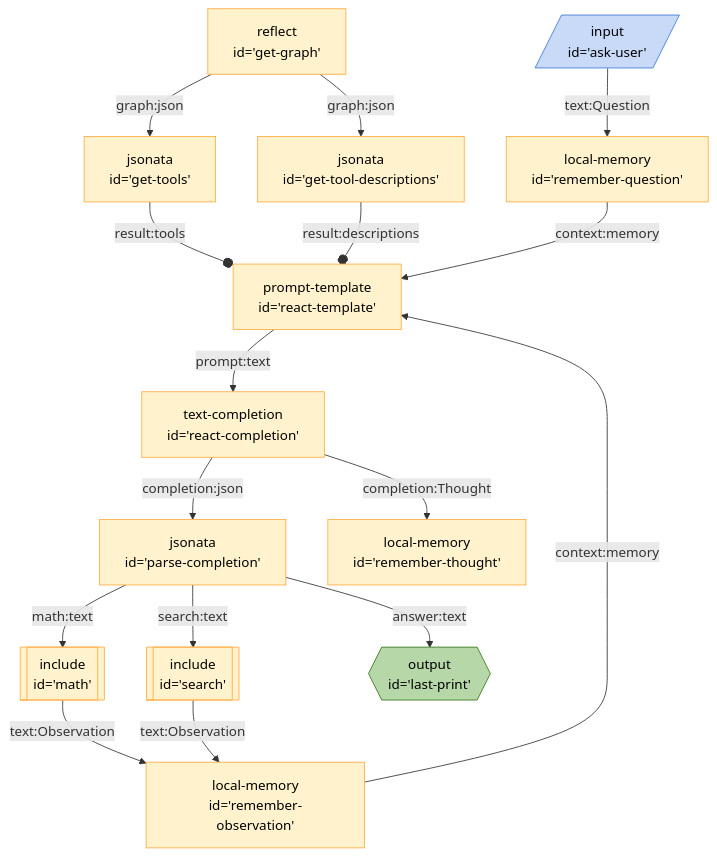
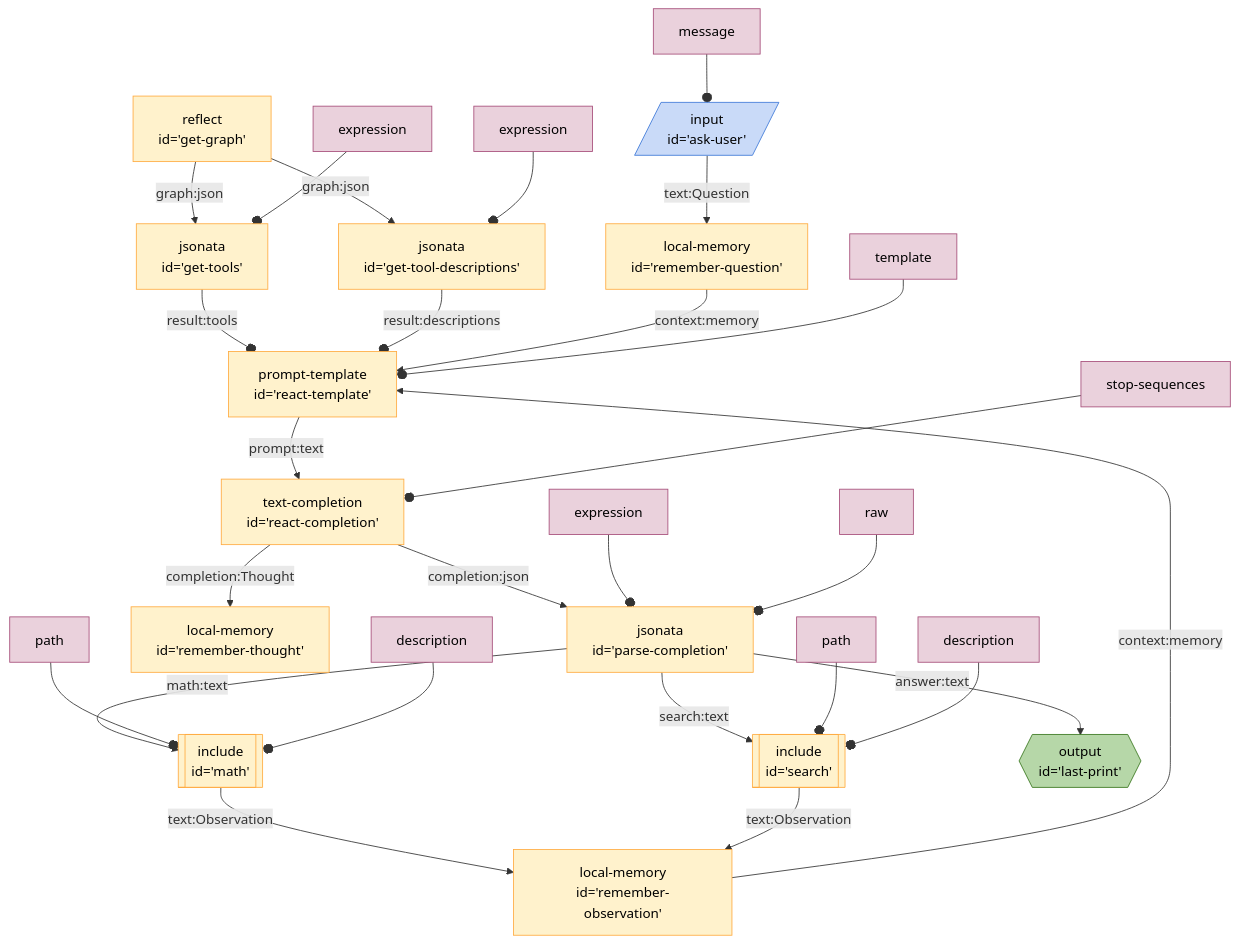
Before and after one commit to breadboard-ai/breadboard: the diagram in seeds/graph-playground/docs/graphs/react-with-jsonata.md, drawn with Mermaid. The commit also changed 15 other files, not shown here.

First line of the commit message:
[graphs] Show `configuration` as constants.

````diff
--- a/seeds/graph-playground/docs/graphs/react-with-jsonata.md
+++ b/seeds/graph-playground/docs/graphs/react-with-jsonata.md
@@ -4,55 +4,67 @@
 ```mermaid
 %%{init: 'themeVariables': { 'fontFamily': 'Fira Code, monospace' }}%%
 graph TD;
 getgraph["reflect
 id='get-graph'"] -- graph:json --> gettools["jsonata
 id='get-tools'"]
 getgraph["reflect
 id='get-graph'"] -- graph:json --> gettooldescriptions["jsonata
 id='get-tool-descriptions'"]
 gettools["jsonata
 id='get-tools'"] -- result:tools --o reacttemplate["prompt-template
 id='react-template'"]
 gettooldescriptions["jsonata
 id='get-tool-descriptions'"] -- result:descriptions --o reacttemplate["prompt-template
 id='react-template'"]
 askuser[/"input
 id='ask-user'"/]:::input -- text:Question --> rememberquestion["local-memory
 id='remember-question'"]
 rememberquestion["local-memory
 id='remember-question'"] -- context:memory --> reacttemplate["prompt-template
 id='react-template'"]
 reacttemplate["prompt-template
 id='react-template'"] -- prompt:text --> reactcompletion["text-completion
 id='react-completion'"]
 reactcompletion["text-completion
 id='react-completion'"] -- completion:json --> parsecompletion["jsonata
 id='parse-completion'"]
 reactcompletion["text-completion
 id='react-completion'"] -- completion:Thought --> rememberthought["local-memory
 id='remember-thought'"]
 parsecompletion["jsonata
 id='parse-completion'"] -- search:text --> search[["include
 id='search'"]]:::include
 parsecompletion["jsonata
 id='parse-completion'"] -- math:text --> math[["include
 id='math'"]]:::include
 math[["include
 id='math'"]]:::include -- text:Observation --> rememberobservation["local-memory
 id='remember-observation'"]
 search[["include
 id='search'"]]:::include -- text:Observation --> rememberobservation["local-memory
 id='remember-observation'"]
 rememberobservation["local-memory
 id='remember-observation'"] -- context:memory --> reacttemplate["prompt-template
 id='react-template'"]
 parsecompletion["jsonata
 id='parse-completion'"] -- answer:text --> lastprint{{"output
 id='last-print'"}}:::output
+templatereacttemplate[template]:::config --o reacttemplate
+messageaskuser[message]:::config --o askuser
+stopsequencesreactcompletion[stop-sequences]:::config --o reactcompletion
+expressiongettools[expression]:::config --o gettools
+expressiongettooldescriptions[expression]:::config --o gettooldescriptions
+expressionparsecompletion[expression]:::config --o parsecompletion
+rawparsecompletion[raw]:::config --o parsecompletion
+pathsearch[path]:::config --o search
+descriptionsearch[description]:::config --o search
+pathmath[path]:::config --o math
+descriptionmath[description]:::config --o math
 classDef default stroke:#ffab40,fill:#fff2ccff,color:#000
 classDef input stroke:#3c78d8,fill:#c9daf8ff,color:#000
 classDef output stroke:#38761d,fill:#b6d7a8ff,color:#000
 classDef passthrough stroke:#a64d79,fill:#ead1dcff,color:#000
 classDef slot stroke:#a64d79,fill:#ead1dcff,color:#000
+classDef config stroke:#a64d79,fill:#ead1dcff,color:#000
 classDef slotted stroke:#a64d79
 ```
````
